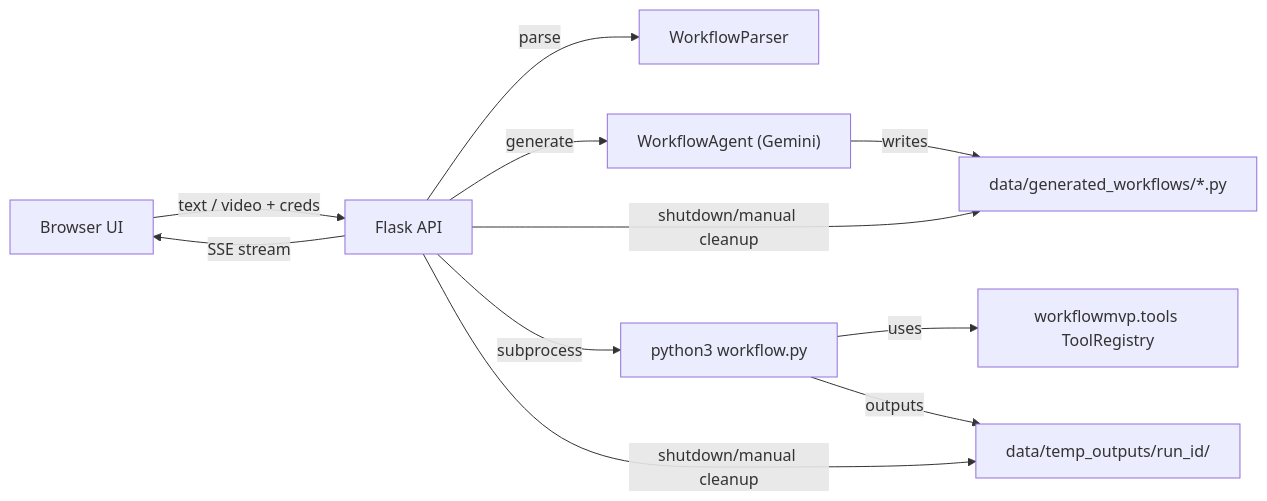
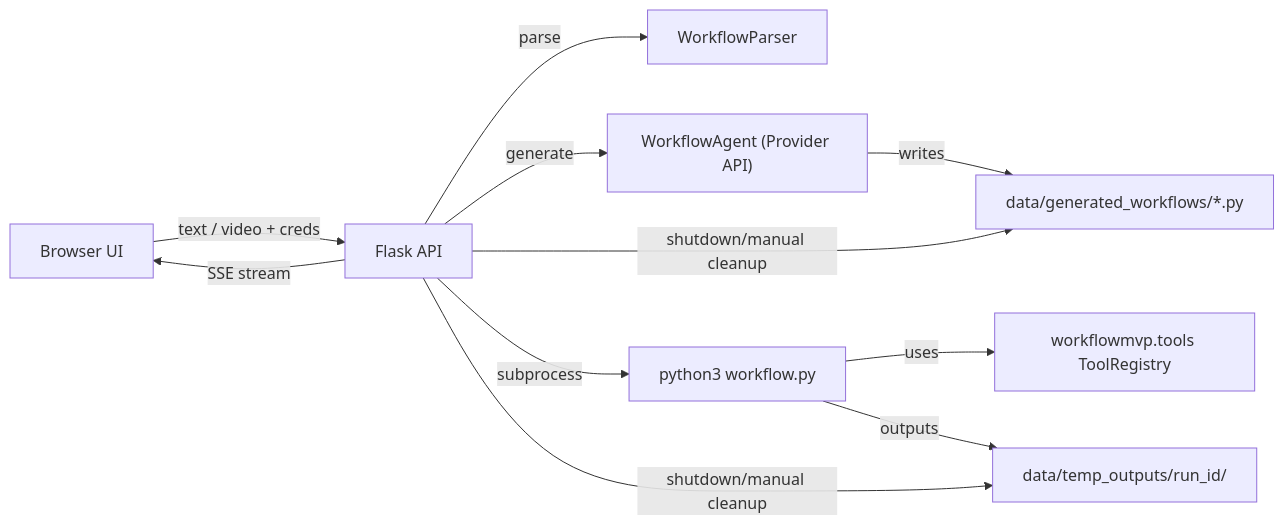
The diagram in README.md (KMeltzer24/workflowMVP), drawn with Mermaid before and after one commit. The commit also changed other lines of this file and 3 other files, not shown here.

First line of the commit message:
Add provider switching for non-Gemini generation.

````diff
--- a/README.md
+++ b/README.md
@@ -26,22 +26,22 @@
 ```mermaid
 flowchart LR
     Browser[Browser UI]
     Flask[Flask API]
     Parser[WorkflowParser]
-    Agent["WorkflowAgent (Gemini)"]
+    Agent["WorkflowAgent (Provider API)"]
     Gen["data/generated_workflows/*.py"]
     Runner["python3 workflow.py"]
     Tools[workflowmvp.tools ToolRegistry]
     Temp["data/temp_outputs/run_id/"]
 
     Browser -- "text / video + creds" --> Flask
     Flask -- parse --> Parser
     Flask -- generate --> Agent
     Agent -- writes --> Gen
     Flask -- subprocess --> Runner
     Runner -- uses --> Tools
     Runner -- outputs --> Temp
     Flask -- "SSE stream" --> Browser
     Flask -- "shutdown/manual cleanup" --> Gen
     Flask -- "shutdown/manual cleanup" --> Temp
 ```
````
